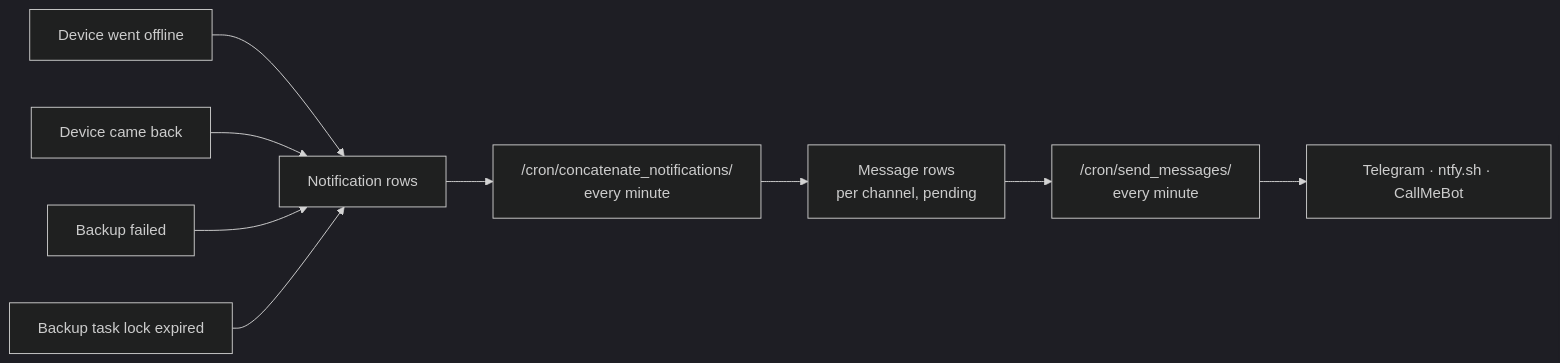
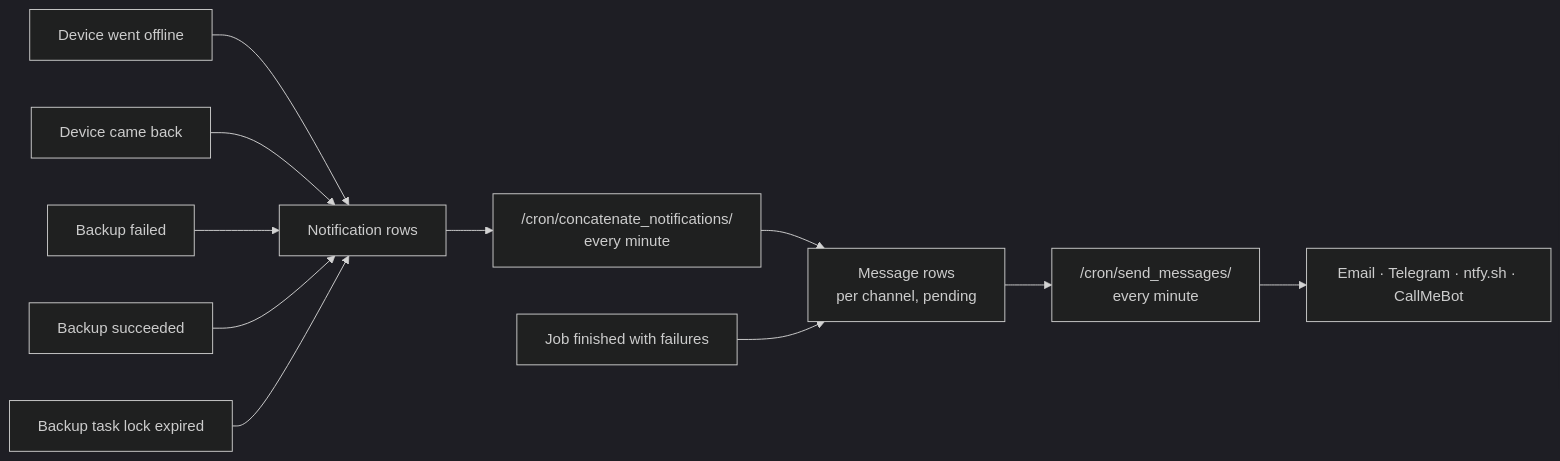
One commit to alessiobravi/routerfleet_improved changed the first of 2 diagrams in docs/notifications.md. Above: the diagram before and after it, drawn with Mermaid (dark theme). The commit also changed other lines of this file and 84 other files, not shown here.

````diff
--- a/docs/notifications.md
+++ b/docs/notifications.md
@@ -6,14 +6,17 @@
 ```mermaid
 flowchart LR
     ev1["Device went offline"]
     ev2["Device came back"]
     ev3["Backup failed"]
+    ev5["Backup succeeded"]
+    ev6["Job finished with failures"]
     ev4["Backup task lock expired"]
     note["Notification rows"]
     conc["/cron/concatenate_notifications/<br/>every minute"]
     msg["Message rows<br/>per channel, pending"]
     send["/cron/send_messages/<br/>every minute"]
-    out["Telegram · ntfy.sh · CallMeBot"]
+    out["Email · Telegram · ntfy.sh · CallMeBot"]
 
-    ev1 & ev2 & ev3 & ev4 --> note --> conc --> msg --> send --> out
+    ev1 & ev2 & ev3 & ev5 & ev4 --> note --> conc --> msg --> send --> out
+    ev6 --> msg
 ```
````
